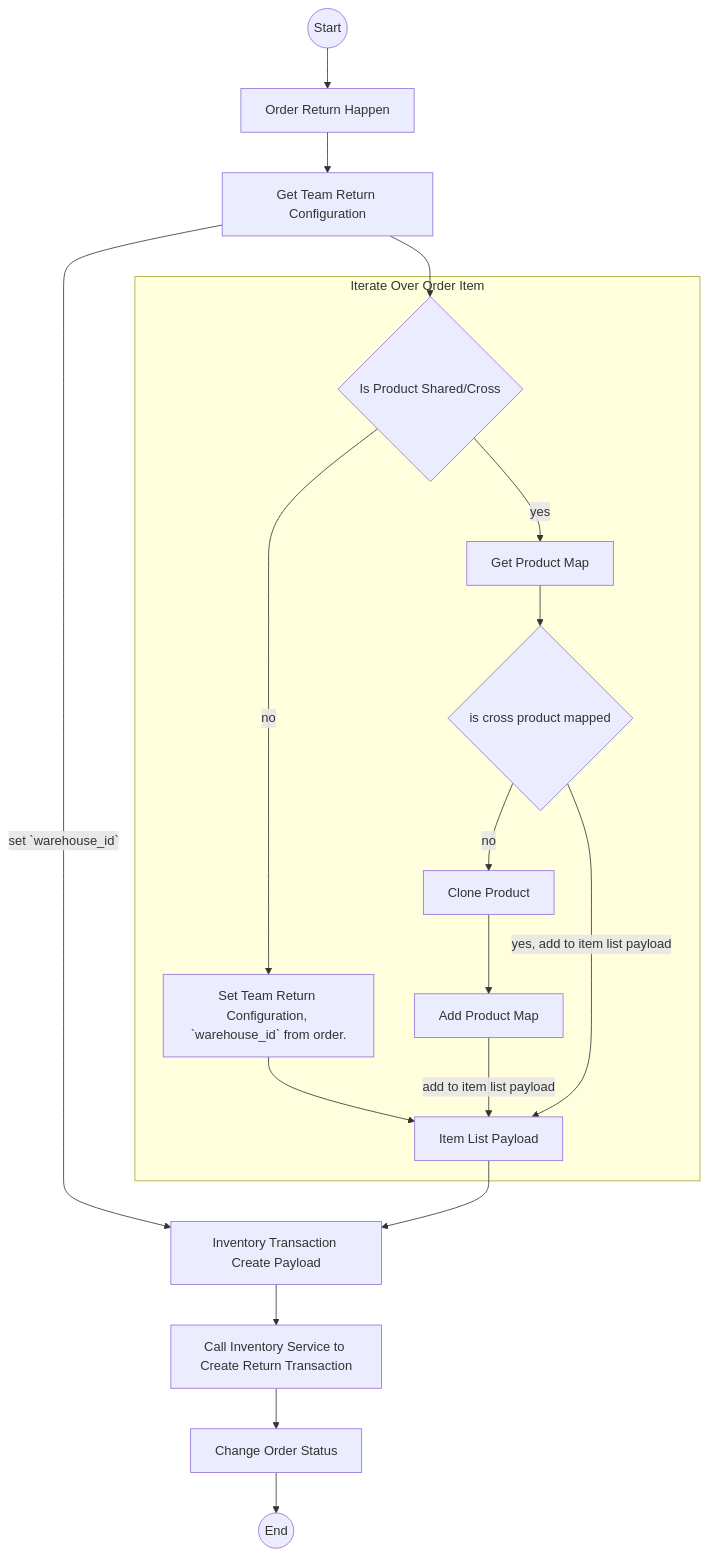
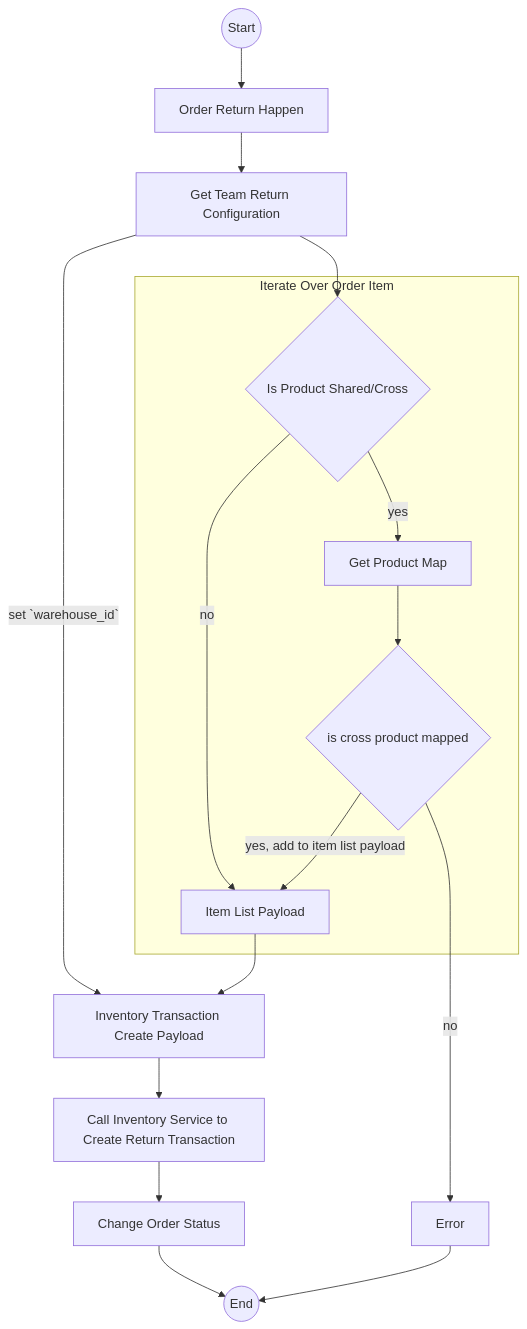
One commit to pdcgo/warehouse_revamp changed the first of 2 diagrams in docs/business/order/order_return.md. Above: the diagram before and after it, drawn with Mermaid. The commit also changed other lines of this file and 8 other files, not shown here.

First line of the commit message:
docs(order): order return closed — the return warehouse table, the map at create, no clone

````diff
--- a/docs/business/order/order_return.md
+++ b/docs/business/order/order_return.md
@@ -28,38 +29,40 @@
 ```mermaid
 flowchart TD
 
 s(("Start"))
 e(("End"))
 
 
 s-->rethappen["Order Return Happen"]
 
 rethappen-->retconf["Get Team Return Configuration"]
 retconf-->|set `warehouse_id`|invpay["Inventory Transaction Create Payload"]
 retconf-->iscross{"Is Product Shared/Cross"}
 
 subgraph "Iterate Over Order Item"
     
-    iscross-->|no|setretconf["Set Team Return Configuration, `warehouse_id` from order."]
-        setretconf-->itemlist
+    iscross-->|no|itemlist["Item List Payload"]
 
     iscross-->|yes|prodlink["Get Product Map"]
     prodlink-->ismapped{"is cross product mapped"}
     
 
-    ismapped-->|no|clone["Clone Product"]
-        clone-->mapadd["Add Product Map"]
+    
 
     
 end
 
-mapadd-->|add to item list payload |itemlist["Item List Payload"]
+
+
 ismapped-->|yes, add to item list payload|itemlist
 itemlist-->invpay
+
+ismapped-->|no|merr["Error"]
+    merr-->e
 
 invpay-->calinv["Call Inventory Service to Create Return Transaction"]
 calinv-->change["Change Order Status"]
 change-->e
 
 
 ```
````
